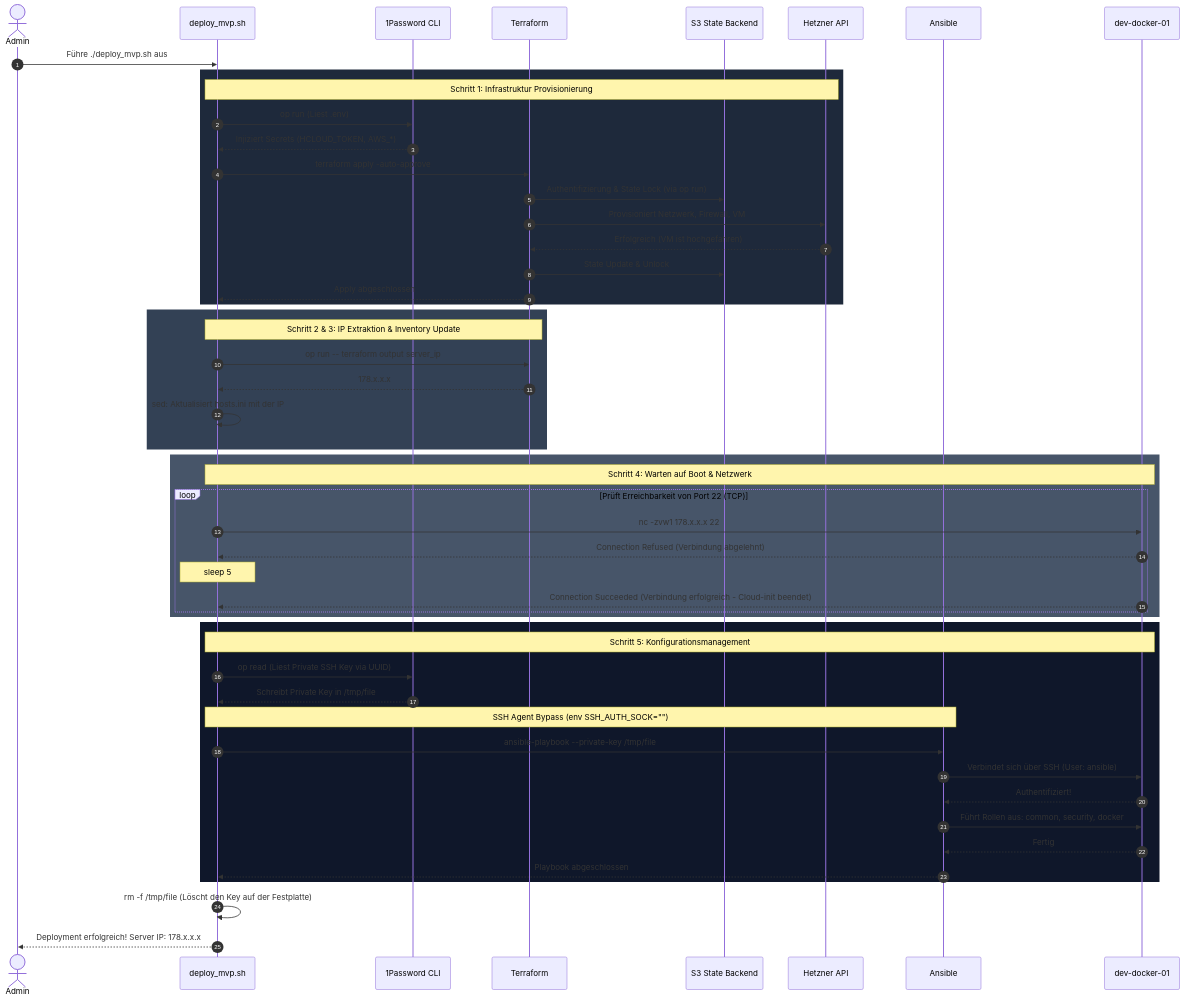
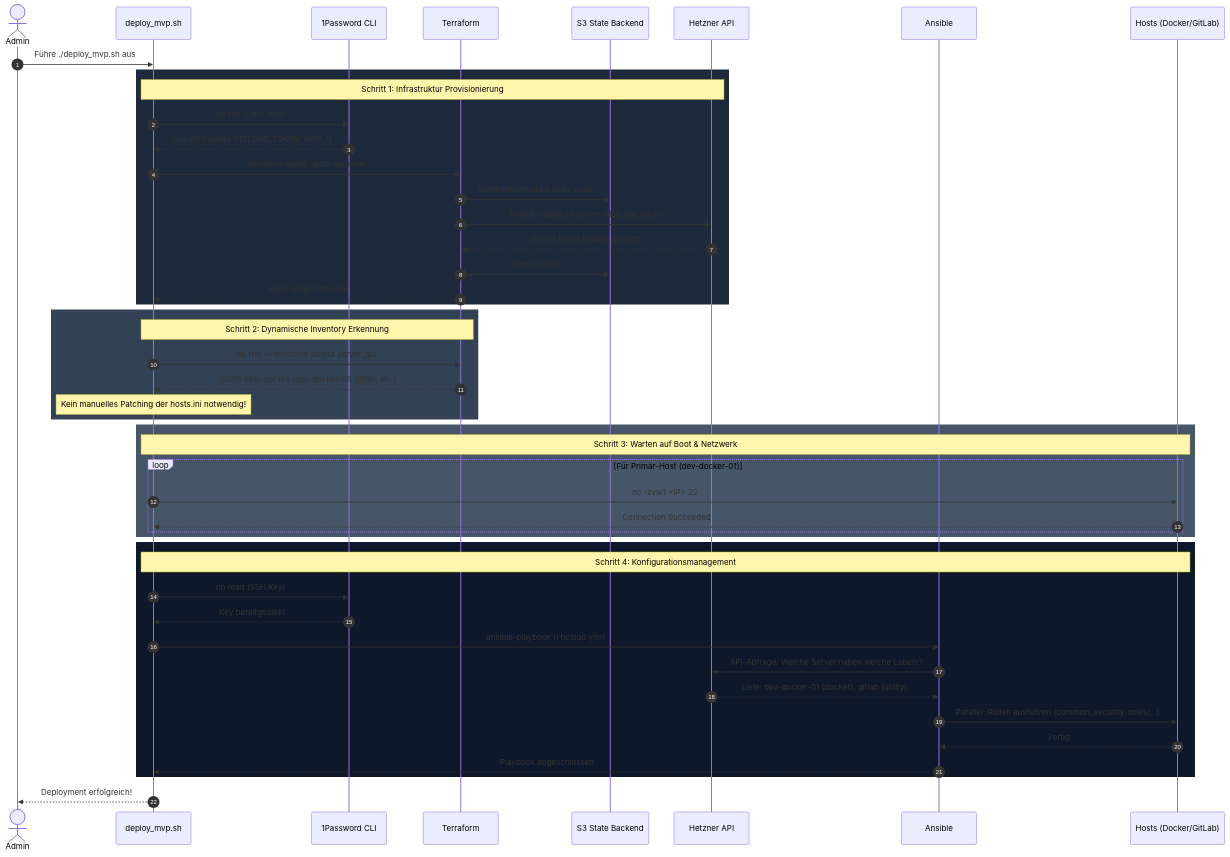
The diagram in doc/architecture.md (Light89/infra), drawn with Mermaid before and after one commit. The commit also changed other lines of this file and 1 other file, not shown here.

Commit message:
docs: update architecture and deploy script to multi-server dynamic inventory

````diff
--- a/doc/architecture.md
+++ b/doc/architecture.md
@@ -9,60 +9,56 @@
 ```mermaid
 sequenceDiagram
     autonumber
 
     actor Admin
     participant Script as deploy_mvp.sh
     participant 1Pwd as 1Password CLI
     participant TF as Terraform
     participant S3 as S3 State Backend
     participant HCloud as Hetzner API
     participant Ansible as Ansible
-    participant VM as dev-docker-01
+    participant VM as Hosts (Docker/GitLab)
 
     Admin->>Script: Führe ./deploy_mvp.sh aus
 
     rect rgb(30, 41, 59)
     Note over Script,HCloud: Schritt 1: Infrastruktur Provisionierung
     Script->>1Pwd: op run (Liest .env)
     1Pwd-->>Script: Injiziert Secrets (HCLOUD_TOKEN, AWS_*)
     Script->>TF: terraform apply -auto-approve
-    TF->>S3: Authentifizierung & State Lock (via op run)
-    TF->>HCloud: Provisioniert Netzwerk, Firewall, VM
-    HCloud-->>TF: Erfolgreich (VM ist hochgefahren)
-    TF->>S3: State Update & Unlock
+    TF->>S3: Authentifizierung & State Lock
+    TF->>HCloud: Erstellt/Abgleicht Server-Map (for_each)
+    HCloud-->>TF: Server bereit (Labels gesetzt)
+    TF->>S3: State Update
     TF-->>Script: Apply abgeschlossen
     end
 
     rect rgb(51, 65, 85)
-    Note over Script,TF: Schritt 2 & 3: IP Extraktion & Inventory Update
-    Script->>TF: op run -- terraform output server_ip
-    TF-->>Script: 178.x.x.x
-    Script->>Script: sed: Aktualisiert hosts.ini mit der IP
+    Note over Script,TF: Schritt 2: Dynamische Inventory Erkennung
+    Script->>TF: op run -- terraform output server_ips
+    TF-->>Script: JSON-Map der IPs (dev-docker-01, gitlab, etc.)
+    Note over Script: Kein manuelles Patching der hosts.ini notwendig!
     end
 
     rect rgb(71, 85, 105)
-    Note over Script,VM: Schritt 4: Warten auf Boot & Netzwerk
-    loop Prüft Erreichbarkeit von Port 22 (TCP)
-        Script->>VM: nc -zvw1 178.x.x.x 22
-        VM-->>Script: Connection Refused (Verbindung abgelehnt)
-        Note over Script: sleep 5
-        VM-->>Script: Connection Succeeded (Verbindung erfolgreich - Cloud-init beendet)
+    Note over Script,VM: Schritt 3: Warten auf Boot & Netzwerk
+    loop Für Primär-Host (dev-docker-01)
+        Script->>VM: nc -zvw1 <IP> 22
+        VM-->>Script: Connection Succeeded
     end
     end
 
     rect rgb(15, 23, 42)
-    Note over Script,VM: Schritt 5: Konfigurationsmanagement
-    Script->>1Pwd: op read (Liest Private SSH Key via UUID)
-    1Pwd-->>Script: Schreibt Private Key in /tmp/file
-    Note over Script,Ansible: SSH Agent Bypass (env SSH_AUTH_SOCK="")
-    Script->>Ansible: ansible-playbook --private-key /tmp/file
-    Ansible->>VM: Verbindet sich über SSH (User: ansible)
-    VM-->>Ansible: Authentifiziert!
-    Ansible->>VM: Führt Rollen aus: common, security, docker
+    Note over Script,VM: Schritt 4: Konfigurationsmanagement
+    Script->>1Pwd: op read (SSH Key)
+    1Pwd-->>Script: Key bereitgestellt
+    Script->>Ansible: ansible-playbook (i hcloud.yml)
+    Ansible->>HCloud: API-Abfrage: Welche Server haben welche Labels?
+    HCloud-->>Ansible: Liste: dev-docker-01 (docker), gitlab (utility)
+    Ansible->>VM: Parallel: Rollen ausführen (common, security, roles/...)
     VM-->>Ansible: Fertig
     Ansible-->>Script: Playbook abgeschlossen
     end
 
-    Script->>Script: rm -f /tmp/file (Löscht den Key auf der Festplatte)
-    Script-->>Admin: Deployment erfolgreich! Server IP: 178.x.x.x
+    Script-->>Admin: Deployment erfolgreich!
 ```
````
